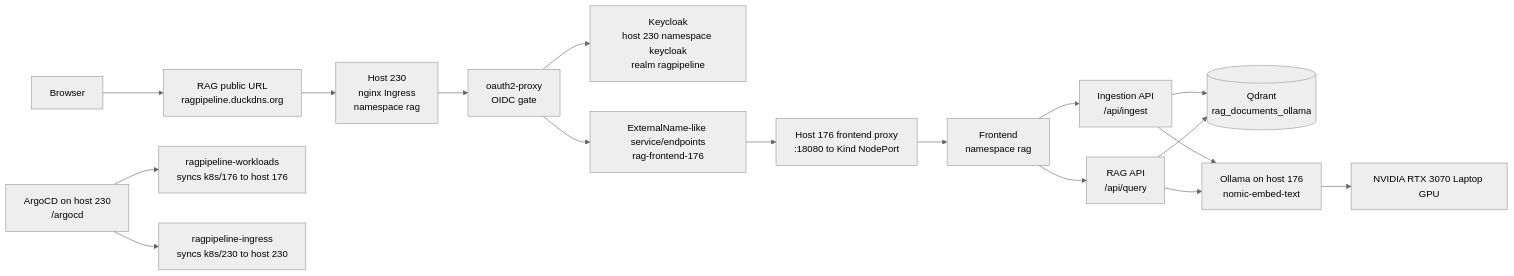
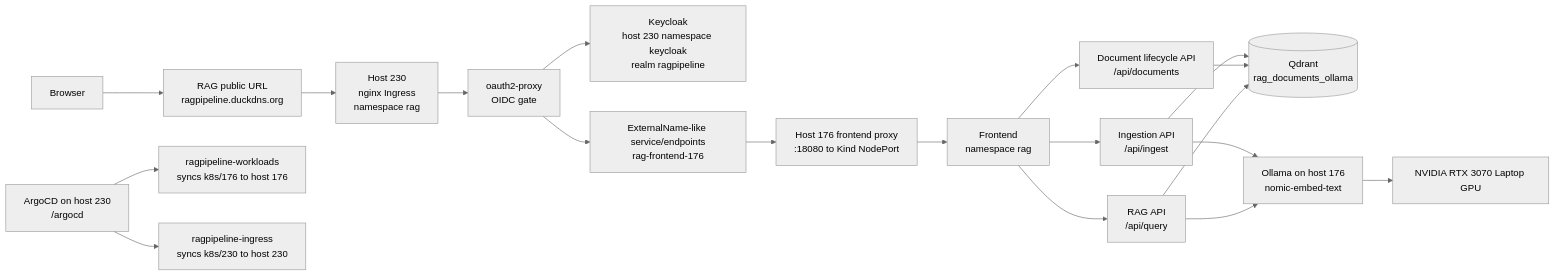
One commit to rawhideron/ragpipeline changed the diagram in README.md. Above: the diagram before and after it, drawn with Mermaid (neutral theme). The commit also changed other lines of this file and 4 other files, not shown here.

Commit message:
Add document lifecycle and URL ingestion

````diff
--- a/README.md
+++ b/README.md
@@ -29,20 +31,22 @@
 ```mermaid
 flowchart LR
   user[Browser] --> public[RAG public URL<br/>ragpipeline.duckdns.org]
   public --> ingress230[Host 230<br/>nginx Ingress<br/>namespace rag]
   ingress230 --> oauth[oauth2-proxy<br/>OIDC gate]
   oauth --> keycloak[Keycloak<br/>host 230 namespace keycloak<br/>realm ragpipeline]
   oauth --> frontendSvc[ExternalName-like service/endpoints<br/>rag-frontend-176]
   frontendSvc --> proxy176[Host 176 frontend proxy<br/>:18080 to Kind NodePort]
   proxy176 --> frontend[Frontend<br/>namespace rag]
   frontend --> ingest[Ingestion API<br/>/api/ingest]
+  frontend --> docs[Document lifecycle API<br/>/api/documents]
   frontend --> ragapi[RAG API<br/>/api/query]
   ingest --> qdrant[(Qdrant<br/>rag_documents_ollama)]
+  docs --> qdrant
   ragapi --> qdrant
   ingest --> ollama[Ollama on host 176<br/>nomic-embed-text]
   ragapi --> ollama
   ollama --> gpu[NVIDIA RTX 3070 Laptop GPU]
 
   argocd[ArgoCD on host 230<br/>/argocd] --> app1[ragpipeline-workloads<br/>syncs k8s/176 to host 176]
   argocd --> app2[ragpipeline-ingress<br/>syncs k8s/230 to host 230]
 ```
````
